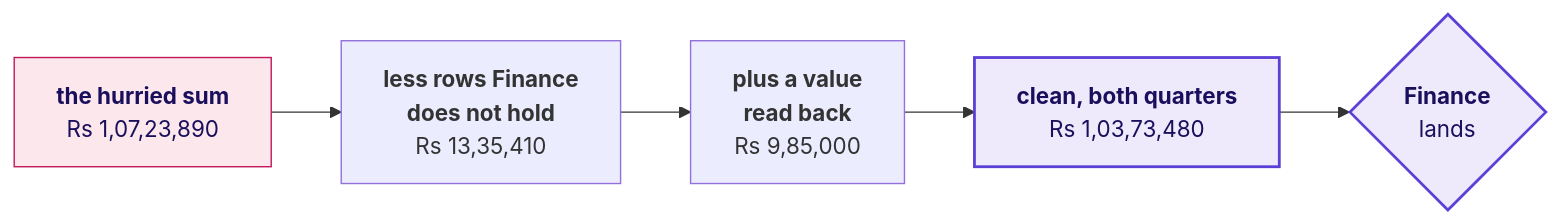
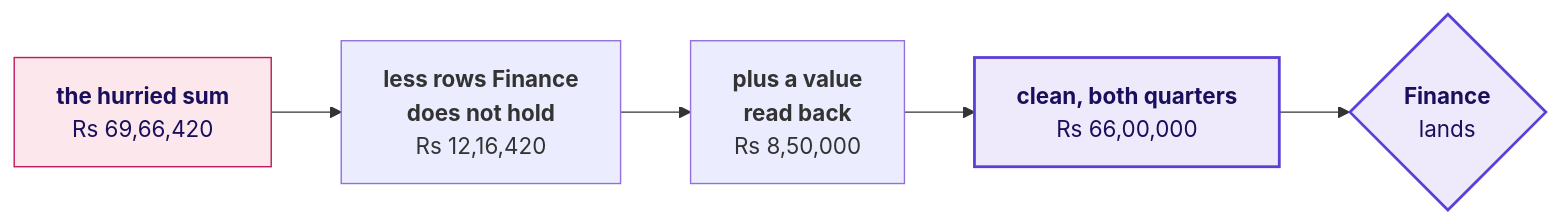
One commit to fde-academy-lab/c2-content-factory changed the first of 9 diagrams in content/W01/D5/slides/C2_W01_D05_debrief_STUDENT.md. Above: the diagram before and after it, drawn with Mermaid. The commit also changed other lines of this file and 1 other file, not shown here.

First line of the commit message:
W01 D5: debrief deck shows every trap's mechanism on the invented export, labelled invented, and names no planted value; the lead tested on each customer's own two quarters, D29 states keep each customer's own two quarters together, option D run, terms explained, and each half sums to 20 minutes

````diff
--- a/content/W01/D5/slides/C2_W01_D05_debrief_STUDENT.md
+++ b/content/W01/D5/slides/C2_W01_D05_debrief_STUDENT.md
@@ -138,11 +146,11 @@
 ```mermaid
 flowchart LR
-    A["<b>the hurried sum</b><br/>Rs 1,07,23,890"] --> B["<b>less rows Finance<br/>does not hold</b><br/>Rs 13,35,410"]
-    B --> C["<b>plus a value<br/>read back</b><br/>Rs 9,85,000"]
-    C --> D["<b>clean, both quarters</b><br/>Rs 1,03,73,480"]
+    A["<b>the hurried sum</b><br/>Rs 69,66,420"] --> B["<b>less rows Finance<br/>does not hold</b><br/>Rs 12,16,420"]
+    B --> C["<b>plus a value<br/>read back</b><br/>Rs 8,50,000"]
+    C --> D["<b>clean, both quarters</b><br/>Rs 66,00,000"]
     D --> E{"<b>Finance</b><br/>lands"}
     classDef bad fill:#FCE8EC,stroke:#C2185B,color:#1A0F5C
     classDef known fill:#EEEAFB,stroke:#5B3FD6,color:#1A0F5C,stroke-width:2px
     class A bad
     class D,E known
 ```
````
